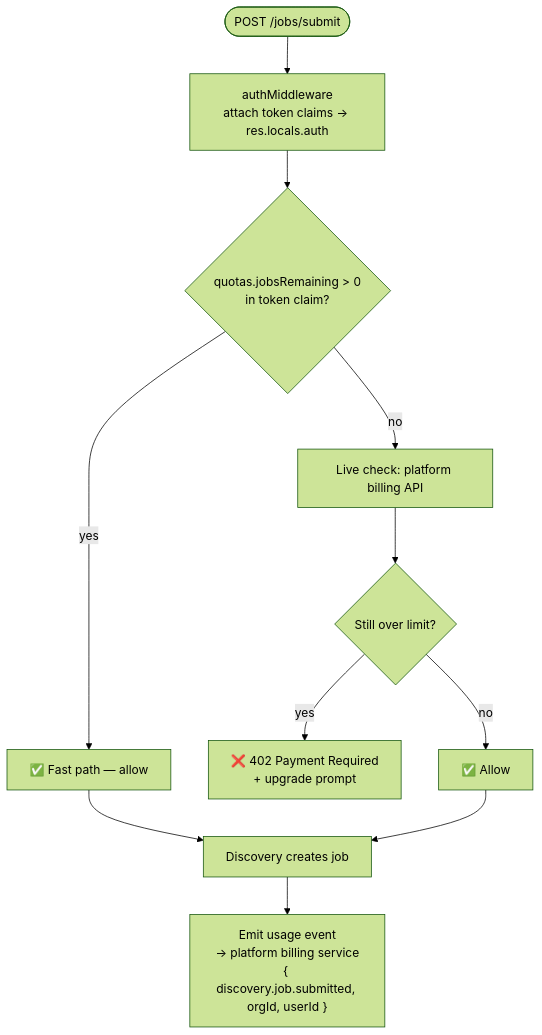
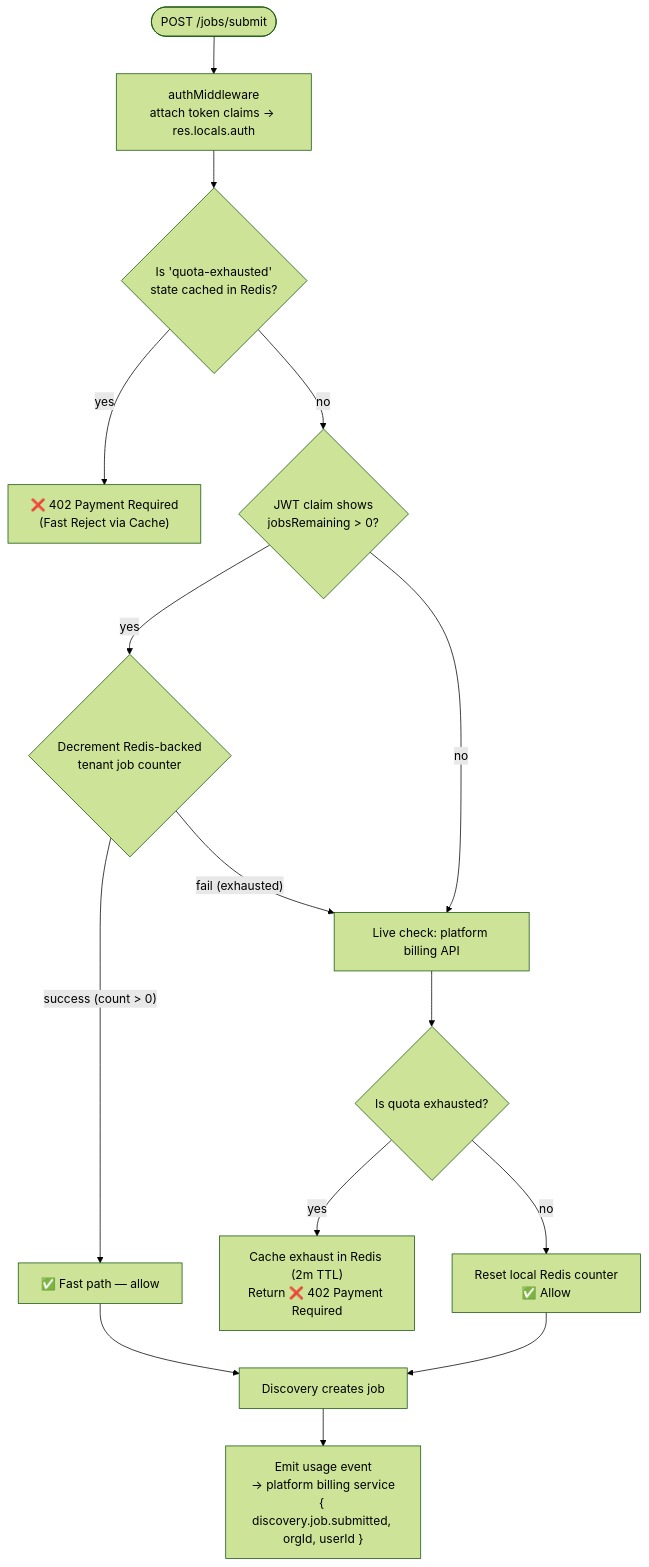
Before and after one commit to npc-chris/dfn-discovery: the third of 4 diagrams in docs/DFN_SECURITY.md, drawn with Mermaid (forest theme). The commit also changed other lines of this file and 15 other files, not shown here.

````diff
--- a/docs/DFN_SECURITY.md
+++ b/docs/DFN_SECURITY.md
@@ -324,20 +331,28 @@
 ```mermaid
 flowchart TB
     A(["POST /jobs/submit"])
     B["authMiddleware\nattach token claims → res.locals.auth"]
-    C{"quotas.jobsRemaining > 0\nin token claim?"}
-    D["✅ Fast path — allow"]
-    E["Live check: platform billing API"]
-    F{"Still over limit?"}
-    G["❌ 402 Payment Required\n+ upgrade prompt"]
-    H["✅ Allow"]
-    I["Discovery creates job"]
-    J["Emit usage event\n→ platform billing service\n{ discovery.job.submitted, orgId, userId }"]
+    C{"Is 'quota-exhausted'\nstate cached in Redis?"}
+    D["❌ 402 Payment Required\n(Fast Reject via Cache)"]
+    E{"JWT claim shows\njobsRemaining > 0?"}
+    F{"Decrement Redis-backed\ntenant job counter"}
+    G["✅ Fast path — allow"]
+    H["Live check: platform billing API"]
+    I{"Is quota exhausted?"}
+    J["Cache exhaust in Redis (2m TTL)\nReturn ❌ 402 Payment Required"]
+    K["Reset local Redis counter\n✅ Allow"]
+    L["Discovery creates job"]
+    M["Emit usage event\n→ platform billing service\n{ discovery.job.submitted, orgId, userId }"]
 
     A --> B --> C
-    C -- yes --> D --> I
-    C -- no --> E --> F
-    F -- yes --> G
-    F -- no --> H --> I
-    I --> J
+    C -- yes --> D
+    C -- no --> E
+    E -- yes --> F
+    F -- success (count > 0) --> G --> L
+    F -- fail (exhausted) --> H
+    E -- no --> H
+    H --> I
+    I -- yes --> J
+    I -- no --> K --> L
+    L --> M
 ```
````
